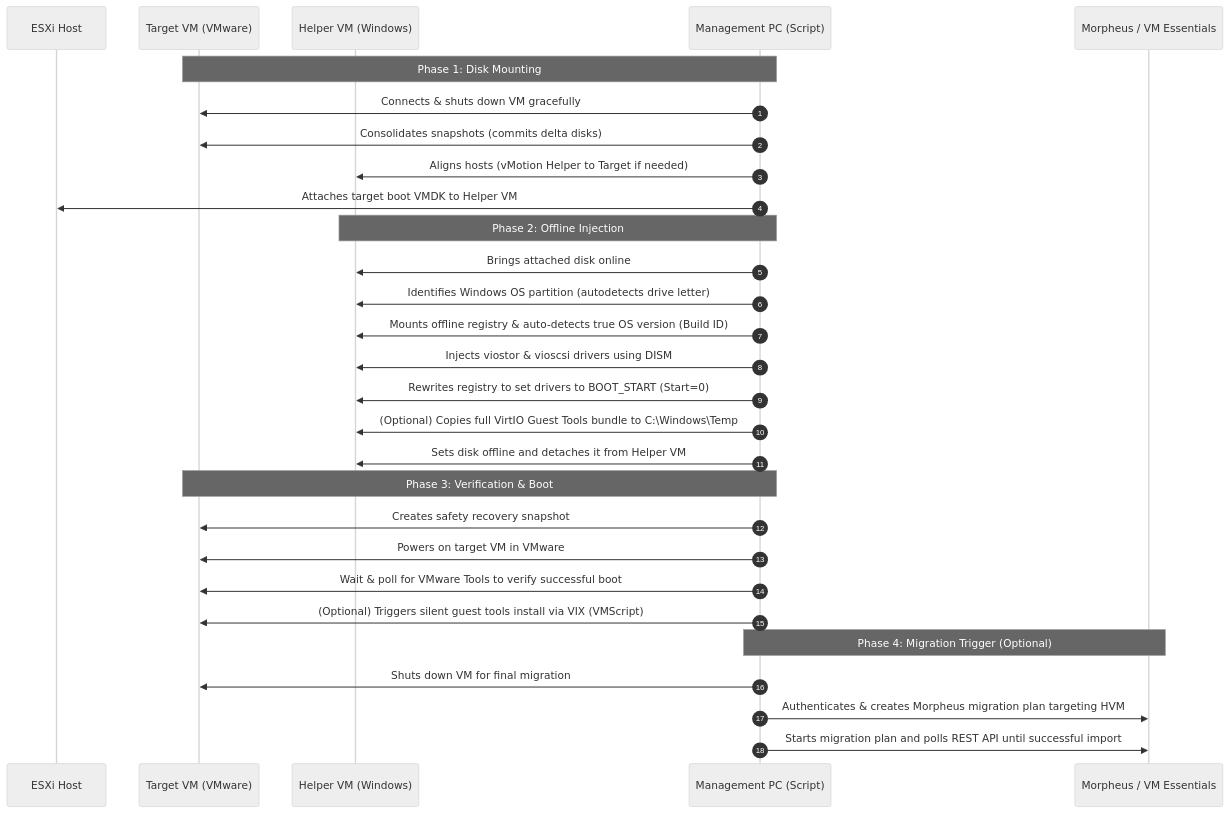
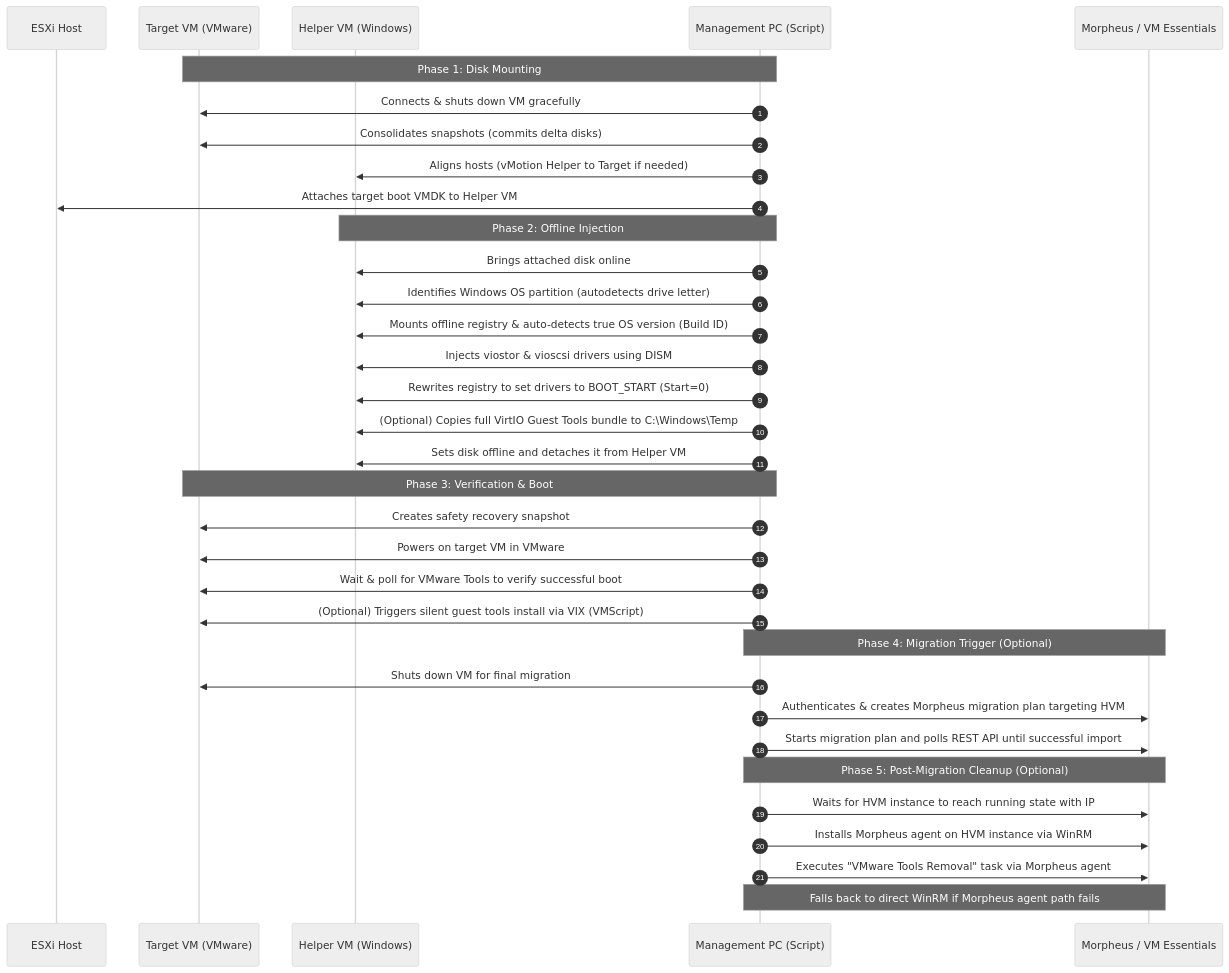
The diagram in README.md (TheModin/VMware-to-HVM-Migration), drawn with Mermaid (neutral theme) before and after one commit. The commit also changed other lines of this file and 3 other files, not shown here.

````diff
--- a/README.md
+++ b/README.md
@@ -13,35 +13,41 @@
 ```mermaid
 sequenceDiagram
     autonumber
     participant Host as ESXi Host
     participant Target as Target VM (VMware)
     participant Helper as Helper VM (Windows)
     participant Mgmt as Management PC (Script)
     participant Morph as Morpheus / VM Essentials
 
     Note over Mgmt,Target: Phase 1: Disk Mounting
     Mgmt->>Target: Connects & shuts down VM gracefully
     Mgmt->>Target: Consolidates snapshots (commits delta disks)
     Mgmt->>Helper: Aligns hosts (vMotion Helper to Target if needed)
     Mgmt->>Host: Attaches target boot VMDK to Helper VM
     
     Note over Mgmt,Helper: Phase 2: Offline Injection
     Mgmt->>Helper: Brings attached disk online
     Mgmt->>Helper: Identifies Windows OS partition (autodetects drive letter)
     Mgmt->>Helper: Mounts offline registry & auto-detects true OS version (Build ID)
     Mgmt->>Helper: Injects viostor & vioscsi drivers using DISM
     Mgmt->>Helper: Rewrites registry to set drivers to BOOT_START (Start=0)
     Mgmt->>Helper: (Optional) Copies full VirtIO Guest Tools bundle to C:\Windows\Temp
     Mgmt->>Helper: Sets disk offline and detaches it from Helper VM
     
     Note over Mgmt,Target: Phase 3: Verification & Boot
     Mgmt->>Target: Creates safety recovery snapshot
     Mgmt->>Target: Powers on target VM in VMware
     Mgmt->>Target: Wait & poll for VMware Tools to verify successful boot
     Mgmt->>Target: (Optional) Triggers silent guest tools install via VIX (VMScript)
     
     Note over Mgmt,Morph: Phase 4: Migration Trigger (Optional)
     Mgmt->>Target: Shuts down VM for final migration
     Mgmt->>Morph: Authenticates & creates Morpheus migration plan targeting HVM
     Mgmt->>Morph: Starts migration plan and polls REST API until successful import
+
+    Note over Mgmt,Morph: Phase 5: Post-Migration Cleanup (Optional)
+    Mgmt->>Morph: Waits for HVM instance to reach running state with IP
+    Mgmt->>Morph: Installs Morpheus agent on HVM instance via WinRM
+    Mgmt->>Morph: Executes "VMware Tools Removal" task via Morpheus agent
+    Note over Mgmt,Morph: Falls back to direct WinRM if Morpheus agent path fails
 ```
````
